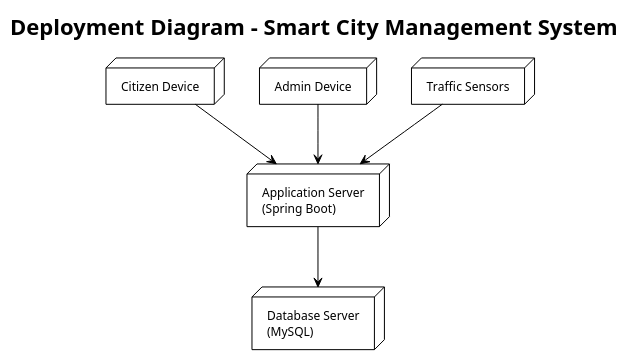
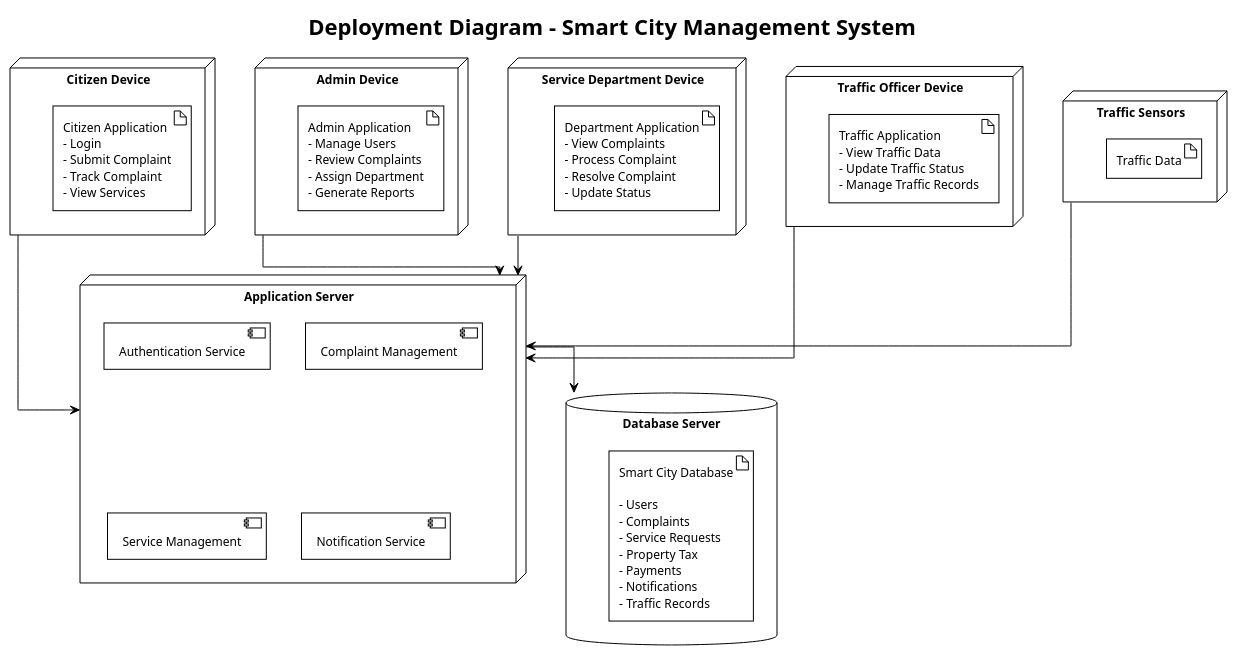
One commit to lasinigandreddi-22/smart-city-management-system changed the diagram in deployment_diagram.puml. Above: the diagram before and after it, drawn with PlantUML. The commit also changed 145 other files, not shown here.

Commit message:
Initial commit: Smart City Management System

```diff
--- a/deployment_diagram.puml
+++ b/deployment_diagram.puml
@@ -1,23 +1,68 @@
 @startuml
+
 !theme plain
+
 skinparam shadowing false
 skinparam defaultFontName "Segoe UI"
 skinparam defaultFontSize 12
-skinparam roundcorner 6
+skinparam linetype ortho
+skinparam roundcorner 0
 
 title Deployment Diagram - Smart City Management System
 
-node "Citizen Device" as citizenDev
-node "Admin Device" as adminDev
-node "Traffic Sensors" as sensors
+'================ CLIENT DEVICES ================
 
-node "Application Server\n(Spring Boot)" as appServer
-node "Database Server\n(MySQL)" as dbServer
+node "Citizen Device" as citizen {
+    artifact "Citizen Application\n- Login\n- Submit Complaint\n- Track Complaint\n- View Services"
+}
 
-citizenDev --> appServer
-adminDev --> appServer
+node "Admin Device" as admin {
+    artifact "Admin Application\n- Manage Users\n- Review Complaints\n- Assign Department\n- Generate Reports"
+}
+
+node "Service Department Device" as department {
+    artifact "Department Application\n- View Complaints\n- Process Complaint\n- Resolve Complaint\n- Update Status"
+}
+
+node "Traffic Officer Device" as officer {
+    artifact "Traffic Application\n- View Traffic Data\n- Update Traffic Status\n- Manage Traffic Records"
+}
+
+'================ APPLICATION SERVER ================
+
+node "Application Server" as appServer {
+    
+    component "Authentication Service" as auth
+    
+    component "Complaint Management" as complaint
+    
+    component "Service Management" as service
+    
+    component "Notification Service" as notification
+    
+}
+
+'================ DATABASE ================
+
+database "Database Server" as db {
+    artifact "Smart City Database\n\n- Users\n- Complaints\n- Service Requests\n- Property Tax\n- Payments\n- Notifications\n- Traffic Records"
+}
+
+'================ TRAFFIC ================
+
+node "Traffic Sensors" as sensors {
+    artifact "Traffic Data"
+}
+
+'================ CONNECTIONS ================
+
+citizen --> appServer
+admin --> appServer
+department --> appServer
+officer --> appServer
+
 sensors --> appServer
 
-appServer --> dbServer
+appServer --> db
 
 @enduml
```
